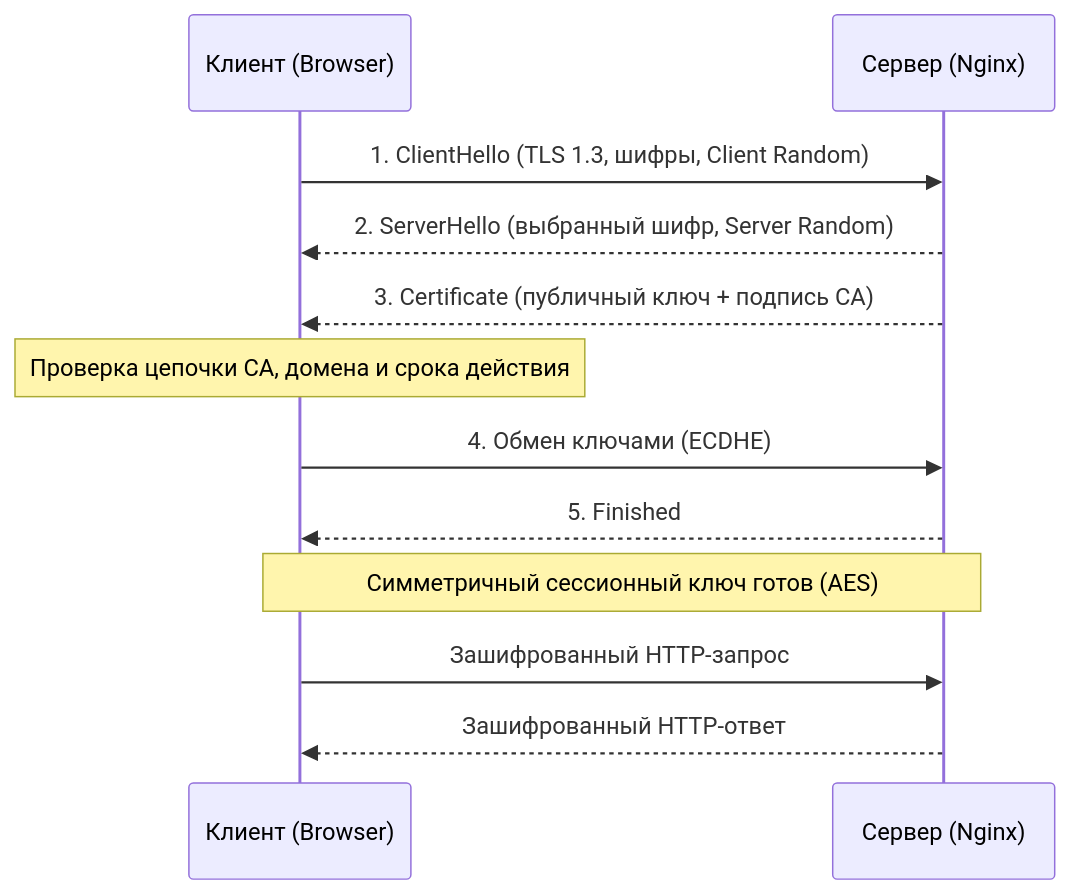
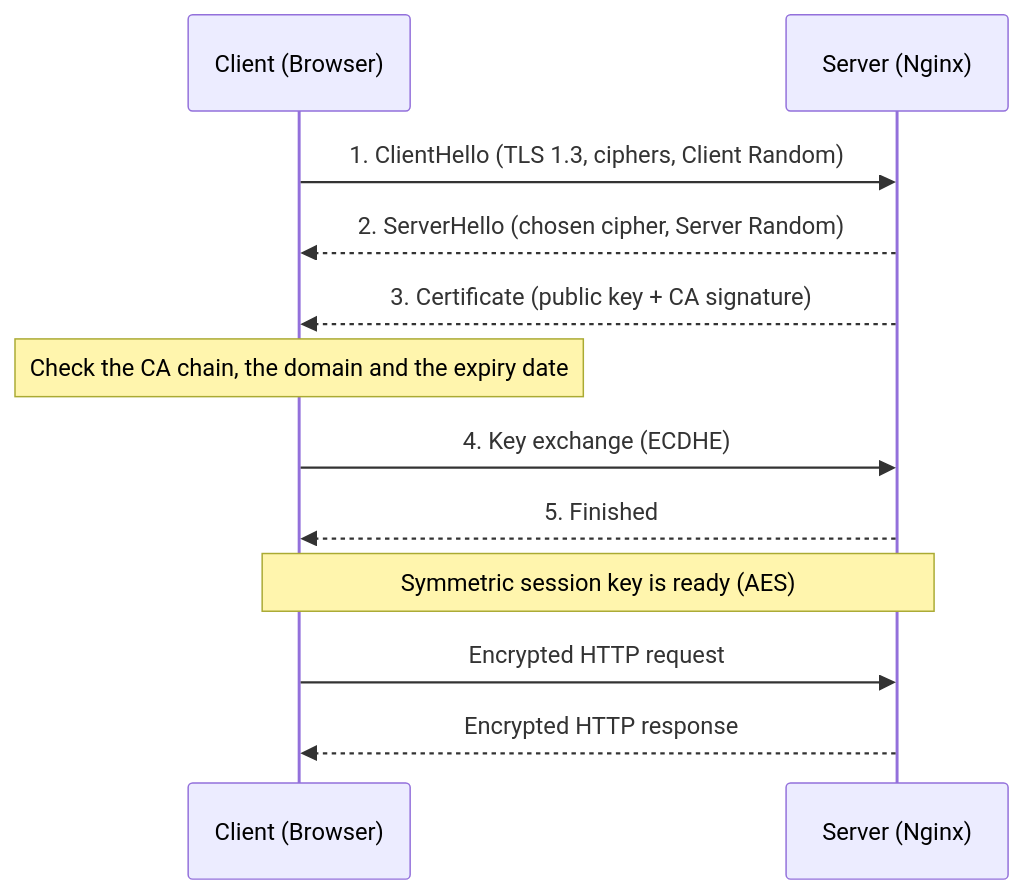
The second of 3 diagrams in Innowise/Вопросы к собесу/Backend/HTTP и Сети.md (younggsad/obsidian-store), drawn with Mermaid before and after one commit. The commit also changed other lines of this file and 1 other file, not shown here.

````diff
--- a/Innowise/Вопросы к собесу/Backend/HTTP и Сети.md
+++ b/Innowise/Вопросы к собесу/Backend/HTTP и Сети.md
@@ -182,14 +202,14 @@
 ```mermaid
 sequenceDiagram
-    participant C as Клиент (Browser)
-    participant S as Сервер (Nginx)
-    C->>S: 1. ClientHello (TLS 1.3, шифры, Client Random)
-    S-->>C: 2. ServerHello (выбранный шифр, Server Random)
-    S-->>C: 3. Certificate (публичный ключ + подпись CA)
-    Note over C: Проверка цепочки CA, домена и срока действия
-    C->>S: 4. Обмен ключами (ECDHE)
+    participant C as Client (Browser)
+    participant S as Server (Nginx)
+    C->>S: 1. ClientHello (TLS 1.3, ciphers, Client Random)
+    S-->>C: 2. ServerHello (chosen cipher, Server Random)
+    S-->>C: 3. Certificate (public key + CA signature)
+    Note over C: Check the CA chain, the domain and the expiry date
+    C->>S: 4. Key exchange (ECDHE)
     S-->>C: 5. Finished
-    Note over C,S: Симметричный сессионный ключ готов (AES)
-    C->>S: Зашифрованный HTTP-запрос
-    S-->>C: Зашифрованный HTTP-ответ
+    Note over C,S: Symmetric session key is ready (AES)
+    C->>S: Encrypted HTTP request
+    S-->>C: Encrypted HTTP response
 ```
````
